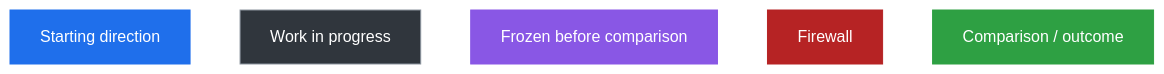
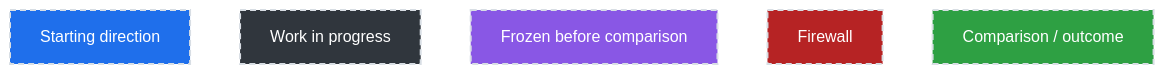
The first of 10 diagrams in Simplified_Framework/WHY_THIS_IS_NOT_A_THEORY_OF_EVERYTHING_YET.md (cameron467/The-Unbreakable-Law), drawn with Mermaid before and after one commit. The commit also changed other lines of this file, not shown here.

````diff
--- a/Simplified_Framework/WHY_THIS_IS_NOT_A_THEORY_OF_EVERYTHING_YET.md
+++ b/Simplified_Framework/WHY_THIS_IS_NOT_A_THEORY_OF_EVERYTHING_YET.md
@@ -38,26 +36,26 @@
 ```mermaid
 flowchart LR
 
     A["Starting direction"]
     B["Work in progress"]
     C["Frozen before comparison"]
     D["Firewall"]
     E["Comparison / outcome"]
 
     A ~~~ B
     B ~~~ C
     C ~~~ D
     D ~~~ E
 
-    classDef start fill:#1f6feb,stroke:#1f6feb,color:#ffffff;
-    classDef work fill:#30363d,stroke:#8b949e,color:#ffffff;
-    classDef freeze fill:#8957e5,stroke:#8957e5,color:#ffffff;
-    classDef firewall fill:#b62324,stroke:#b62324,color:#ffffff;
-    classDef result fill:#2ea043,stroke:#2ea043,color:#ffffff;
+    classDef start fill:#1f6feb,stroke:#d8dee4,stroke-width:2px,stroke-dasharray:6 4,color:#ffffff;
+    classDef work fill:#30363d,stroke:#d8dee4,stroke-width:2px,stroke-dasharray:6 4,color:#ffffff;
+    classDef freeze fill:#8957e5,stroke:#d8dee4,stroke-width:2px,stroke-dasharray:6 4,color:#ffffff;
+    classDef firewall fill:#b62324,stroke:#d8dee4,stroke-width:2px,stroke-dasharray:6 4,color:#ffffff;
+    classDef result fill:#2ea043,stroke:#d8dee4,stroke-width:2px,stroke-dasharray:6 4,color:#ffffff;
 
     class A start;
     class B work;
     class C freeze;
     class D firewall;
     class E result;
 ```
````
